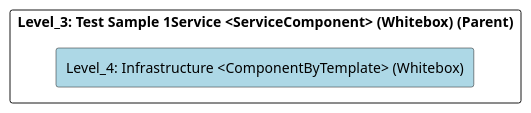
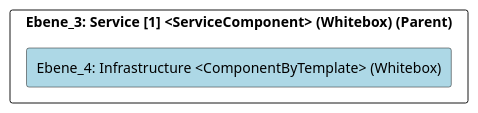
Before and after one commit to marcozwyssig/cleon: the diagram in src/cleon.architecturemethods.arc42.sample/doc/cleon_architecturemethods_arc42_sample_software_microservice/adoc/en/05_building_block_view/microservicesample/servicelayer/service_1/infrastructure/level_4_infrastructure.adoc, drawn with PlantUML. The commit also changed other lines of this file and 214 other files, not shown here.

```diff
--- a/src/cleon.architecturemethods.arc42.sample/doc/cleon_architecturemethods_arc42_sample_software_microservice/adoc/en/05_building_block_view/microservicesample/servicelayer/service_1/infrastructure/level_4_infrastructure.adoc
+++ b/src/cleon.architecturemethods.arc42.sample/doc/cleon_architecturemethods_arc42_sample_software_microservice/adoc/en/05_building_block_view/microservicesample/servicelayer/service_1/infrastructure/level_4_infrastructure.adoc
@@ -20,24 +20,24 @@
-[plantuml, Level_4: Infrastructure <ComponentByTemplate> (Whitebox)BlockOverview, format="svg"]
+[plantuml, Ebene_4: Infrastructure <ComponentByTemplate> (Whitebox)BlockOverview, format="svg"]
 ----
-@startuml Level_4: Infrastructure <ComponentByTemplate> (Whitebox)BuildingBlockOverview
+@startuml Ebene_4: Infrastructure <ComponentByTemplate> (Whitebox)BuildingBlockOverview
 
 skinparam ranksep 10
 skinparam componentStyle rectangle
 skinparam shadowing false
 skinparam arrowColor lightblue
 skinparam arrowThickness 1.2
 skinparam rectangle {
   BackgroundColor White
   BorderColor #333
   RoundCorner 10
 }
 top to bottom direction
 
-component "Level_3: Test Sample 1Service <ServiceComponent> (Whitebox) (Parent)" {
-    component "Level_4: Infrastructure <ComponentByTemplate> (Whitebox)" #lightblue {
+component "Ebene_3: Service [1] <ServiceComponent> (Whitebox) (Parent)" {
+    component "Ebene_4: Infrastructure <ComponentByTemplate> (Whitebox)" #lightblue {
     }
 
 }
 
 @enduml
 ----
```
